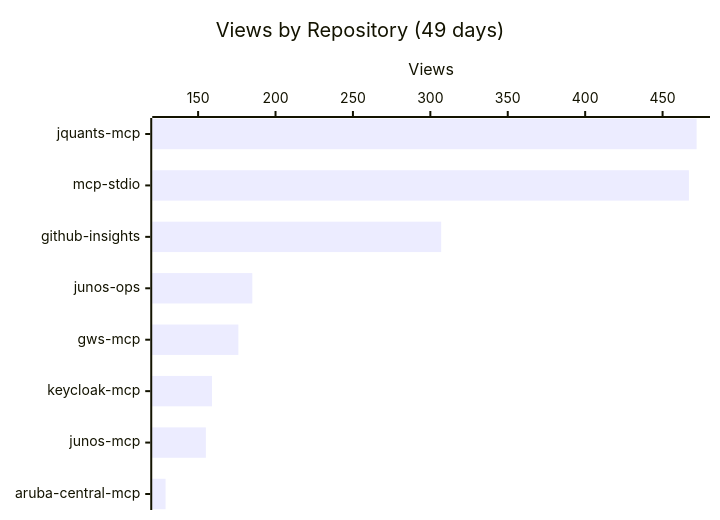
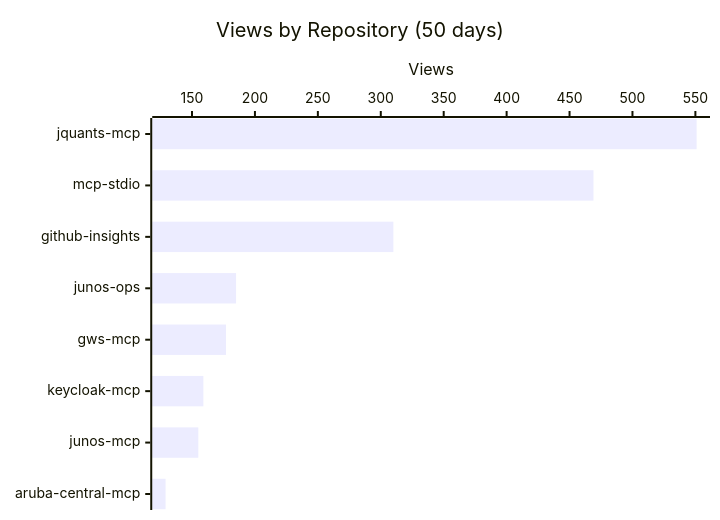
Before and after one commit to shigechika/github-insights: the first of 3 diagrams in README.md, drawn with Mermaid. The commit also changed other lines of this file and 2 other files, not shown here.

````diff
--- a/README.md
+++ b/README.md
@@ -18,7 +18,7 @@
 ```mermaid
 xychart-beta horizontal
-    title "Views by Repository (49 days)"
+    title "Views by Repository (50 days)"
     x-axis ["jquants-mcp", "mcp-stdio", "github-insights", "junos-ops", "gws-mcp", "keycloak-mcp", "junos-mcp", "aruba-central-mcp"]
     y-axis "Views"
-    bar [472, 467, 307, 185, 176, 159, 155, 129]
+    bar [551, 469, 310, 185, 177, 159, 155, 129]
 ```
````
